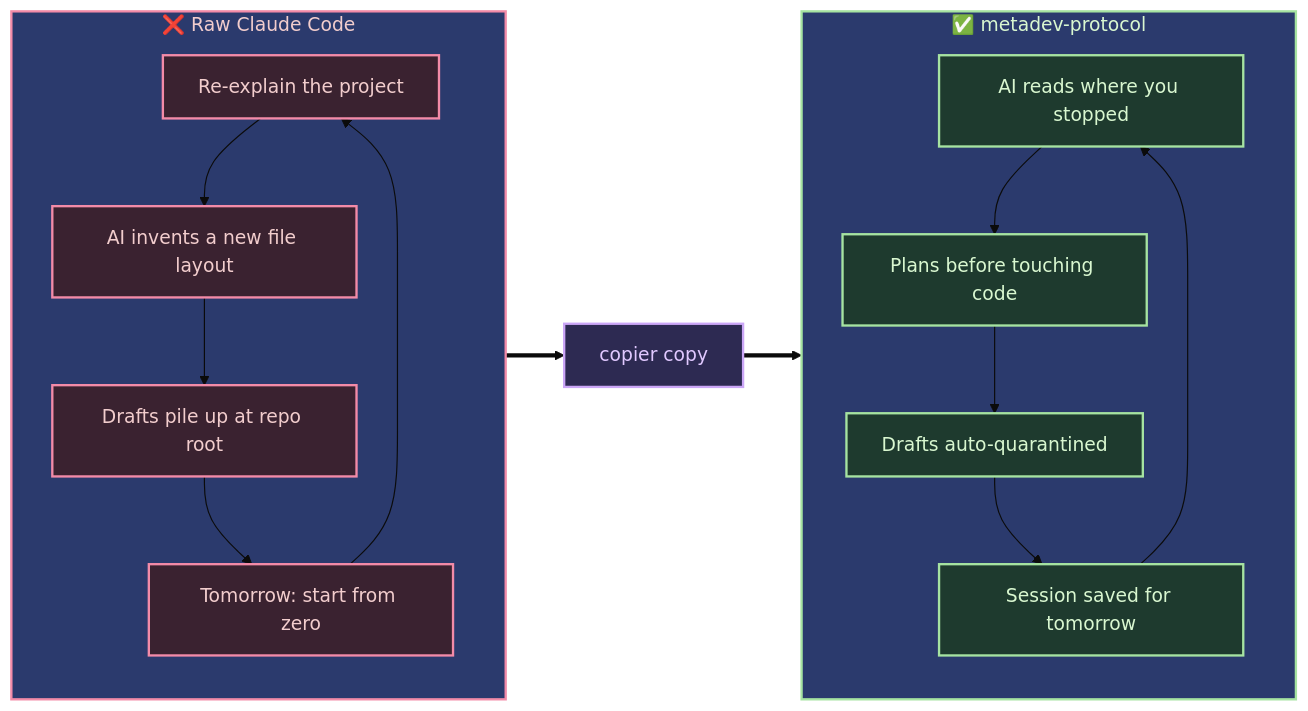
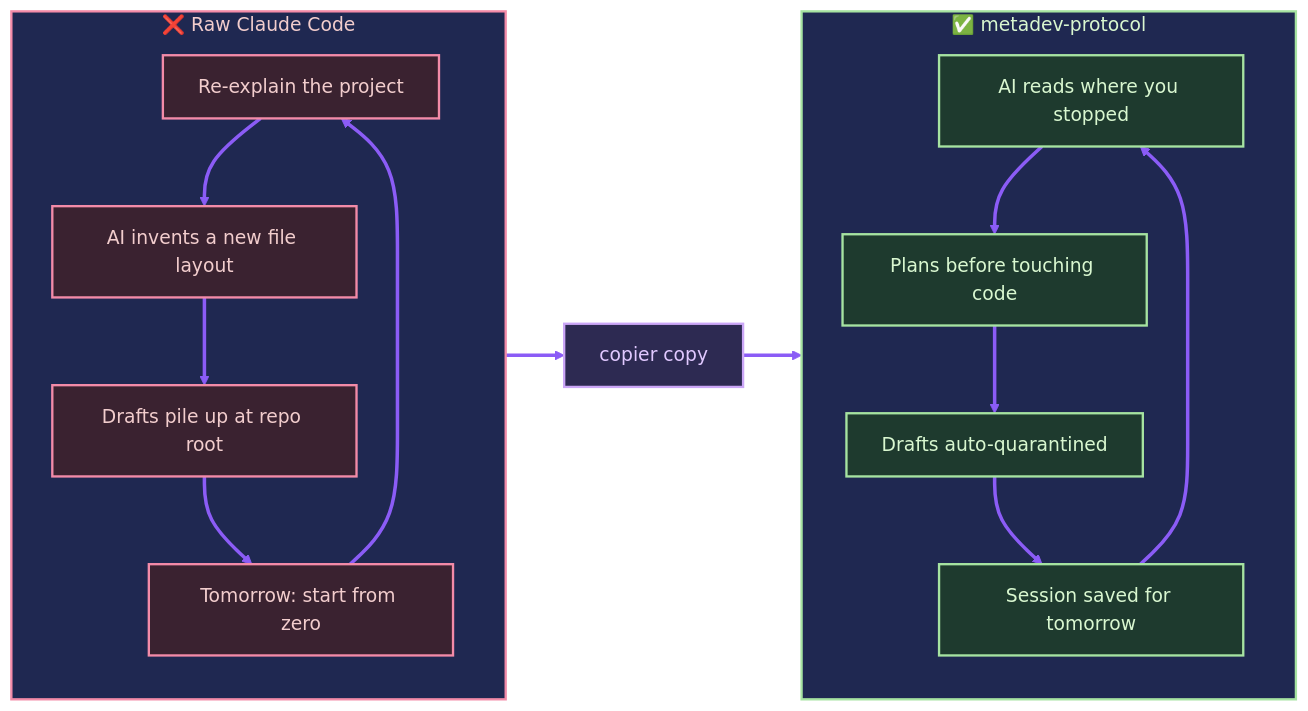
Before and after one commit to Vincent-20-100/metadev-protocol: the first of 2 diagrams in README.md, drawn with Mermaid (base theme). The commit also changed other lines of this file, not shown here.

Commit message:
fix(readme): mermaid edges visible on both dark and light GitHub themes
Original edge color (#cdd6f4 Catppuccin Text) was invisible on GitHub
light mode, and GitHub's default dark edges were invisible on the navy
subgraph backgrounds. Switch both diagrams to saturated mauve (#8b5cf6)
with stroke-width 3 via linkStyle default — readable on navy, white,
and any other background.

````diff
--- a/README.md
+++ b/README.md
@@ -45,30 +45,32 @@
 ```mermaid
 flowchart LR
     classDef pain  fill: #3a2230,stroke: #f38ba8,stroke-width:2px,color: #f2cdcd
     classDef cure  fill: #1e3a2e,stroke: #a6e3a1,stroke-width:2px,color: #d9f7d0
     classDef jump  fill: #2d2a52,stroke: #cba6f7,stroke-width:2px,color: #e0c8ff
 
     subgraph BEFORE["❌ Raw Claude Code"]
         direction TB
         B1["Re-explain the project"]:::pain
         B2["AI invents a new file layout"]:::pain
         B3["Drafts pile up at repo root"]:::pain
         B4["Tomorrow: start from zero"]:::pain
         B1 --> B2 --> B3 --> B4 --> B1
     end
 
     subgraph AFTER["✅ metadev-protocol"]
         direction TB
         A1["AI reads where you stopped"]:::cure
         A2["Plans before touching code"]:::cure
         A3["Drafts auto-quarantined"]:::cure
         A4["Session saved for tomorrow"]:::cure
         A1 --> A2 --> A3 --> A4 --> A1
     end
 
     JUMP["copier copy"]:::jump
     BEFORE ==> JUMP ==> AFTER
 
-    style BEFORE fill: #2b3a6d ,stroke: #f38ba8,stroke-width:2px,color: #f2cdcd
-    style AFTER  fill: #2b3a6d,stroke: #a6e3a1,stroke-width:2px,color: #d9f7d0
+    style BEFORE fill: #1f2851 ,stroke: #f38ba8,stroke-width:2px,color: #f2cdcd
+    style AFTER  fill: #1f2851,stroke: #a6e3a1,stroke-width:2px,color: #d9f7d0
+
+    linkStyle default stroke:#8b5cf6,stroke-width:3px,color:#cdd6f4
 ```
````
